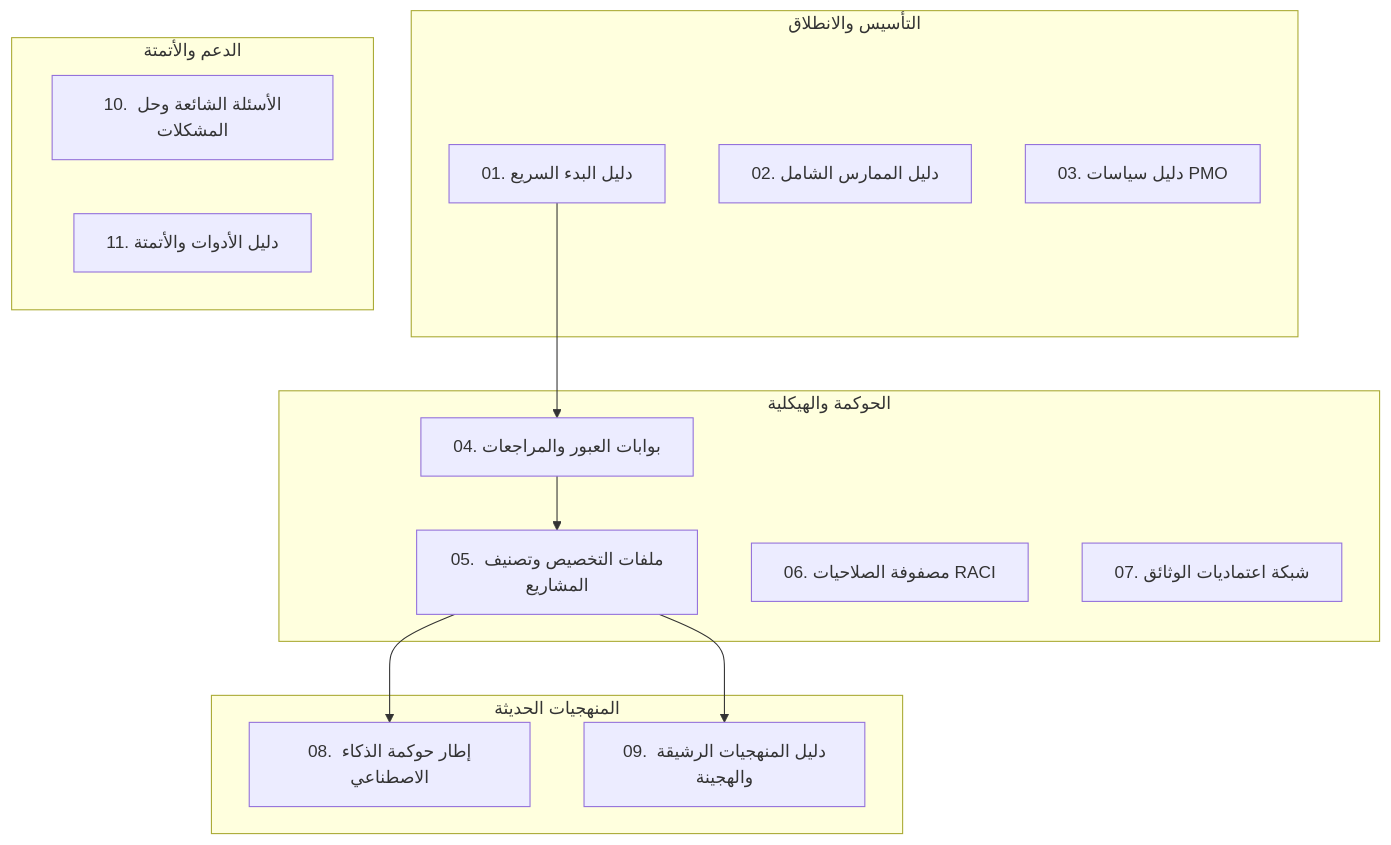
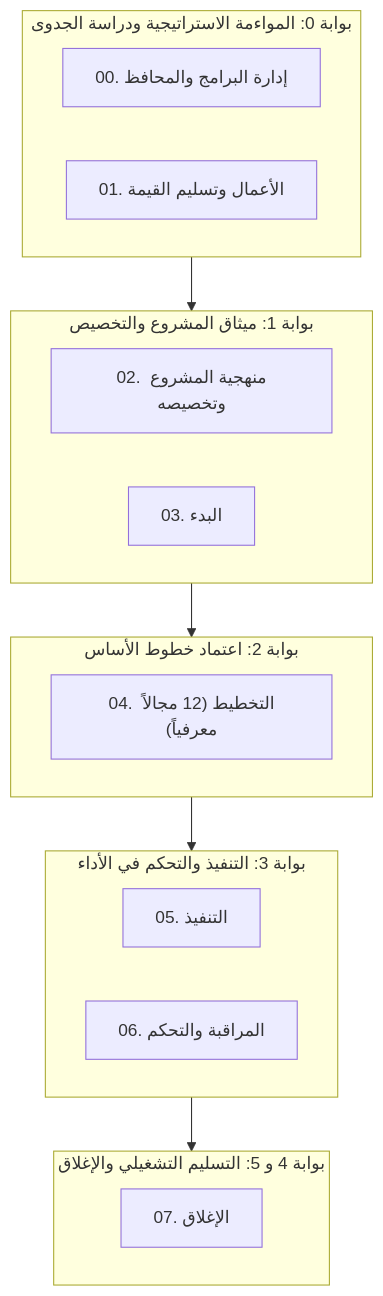
The diagram in docs/README_AR.md (fakhruldeen/Tasleemat), drawn with Mermaid before and after one commit. The commit also changed other lines of this file and 672 other files, not shown here.

````diff
--- a/docs/README_AR.md
+++ b/docs/README_AR.md
@@ -15,30 +50,27 @@
 ```mermaid
 flowchart TD
-    subgraph "التأسيس والانطلاق"
-        D1["01. دليل البدء السريع"]
-        D2["02. دليل الممارس الشامل"]
-        D3["03. دليل سياسات PMO"]
+    subgraph G0["بوابة 0: المواءمة الاستراتيجية ودراسة الجدوى"]
+        P00["00. إدارة البرامج والمحافظ"]
+        P01["01. الأعمال وتسليم القيمة"]
     end
 
-    subgraph "الحوكمة والهيكلية"
-        D4["04. بوابات العبور والمراجعات"]
-        D5["05. ملفات التخصيص وتصنيف المشاريع"]
-        D6["06. مصفوفة الصلاحيات RACI"]
-        D7["07. شبكة اعتماديات الوثائق"]
+    subgraph G1["بوابة 1: ميثاق المشروع والتخصيص"]
+        P02["02. منهجية المشروع وتخصيصه"]
+        P03["03. البدء"]
     end
 
-    subgraph "المنهجيات الحديثة"
-        D8["08. إطار حوكمة الذكاء الاصطناعي"]
-        D9["09. دليل المنهجيات الرشيقة والهجينة"]
+    subgraph G2["بوابة 2: اعتماد خطوط الأساس"]
+        P04["04. التخطيط (12 مجالاً معرفياً)"]
     end
 
-    subgraph "الدعم والأتمتة"
-        D10["10. الأسئلة الشائعة وحل المشكلات"]
-        D11["11. دليل الأدوات والأتمتة"]
+    subgraph G3["بوابة 3: التنفيذ والتحكم في الأداء"]
+        P05["05. التنفيذ"]
+        P06["06. المراقبة والتحكم"]
     end
 
-    D1 --> D4
-    D4 --> D5
-    D5 --> D8
-    D5 --> D9
+    subgraph G4["بوابة 4 و 5: التسليم التشغيلي والإغلاق"]
+        P07["07. الإغلاق"]
+    end
+
+    G0 --> G1 --> G2 --> G3 --> G4
 ```
````
